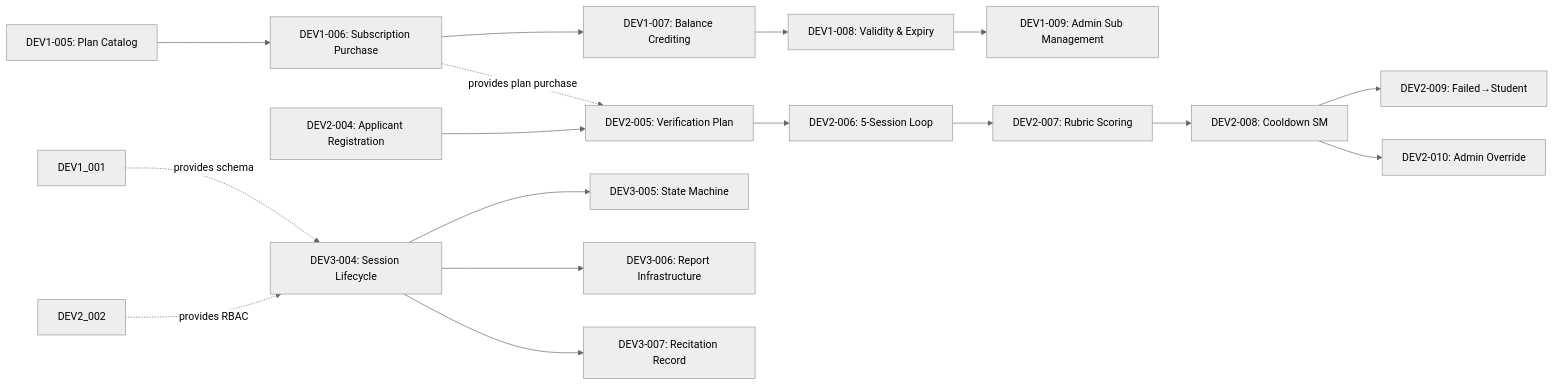
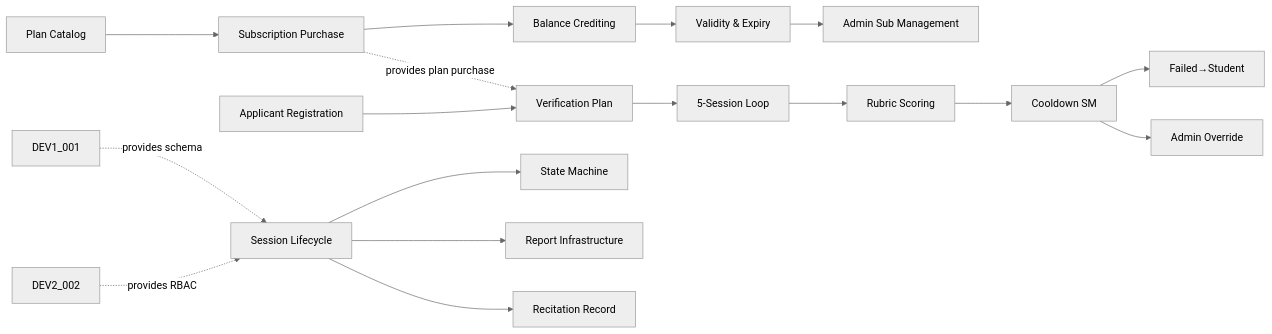
One commit to kottaby/kottaby changed the second of 5 diagrams in docs/planning/SPRINT_PLAN.md. Above: the diagram before and after it, drawn with Mermaid (neutral theme). The commit also changed other lines of this file and 297 other files, not shown here.

````diff
--- a/docs/planning/SPRINT_PLAN.md
+++ b/docs/planning/SPRINT_PLAN.md
@@ -133,22 +133,22 @@
 ```mermaid
 graph LR
-    DEV1_005[DEV1-005: Plan Catalog] --> DEV1_006[DEV1-006: Subscription Purchase]
-    DEV1_006 --> DEV1_007[DEV1-007: Balance Crediting]
-    DEV1_007 --> DEV1_008[DEV1-008: Validity & Expiry]
-    DEV1_008 --> DEV1_009[DEV1-009: Admin Sub Management]
+    DEV1_005[Plan Catalog] --> DEV1_006[Subscription Purchase]
+    DEV1_006 --> DEV1_007[Balance Crediting]
+    DEV1_007 --> DEV1_008[Validity & Expiry]
+    DEV1_008 --> DEV1_009[Admin Sub Management]
 
-    DEV2_004[DEV2-004: Applicant Registration] --> DEV2_005[DEV2-005: Verification Plan]
-    DEV2_005 --> DEV2_006[DEV2-006: 5-Session Loop]
-    DEV2_006 --> DEV2_007[DEV2-007: Rubric Scoring]
-    DEV2_007 --> DEV2_008[DEV2-008: Cooldown SM]
-    DEV2_008 --> DEV2_009[DEV2-009: Failed→Student]
-    DEV2_008 --> DEV2_010[DEV2-010: Admin Override]
+    DEV2_004[Applicant Registration] --> DEV2_005[Verification Plan]
+    DEV2_005 --> DEV2_006[5-Session Loop]
+    DEV2_006 --> DEV2_007[Rubric Scoring]
+    DEV2_007 --> DEV2_008[Cooldown SM]
+    DEV2_008 --> DEV2_009[Failed→Student]
+    DEV2_008 --> DEV2_010[Admin Override]
 
-    DEV3_004[DEV3-004: Session Lifecycle] --> DEV3_005[DEV3-005: State Machine]
-    DEV3_004 --> DEV3_006[DEV3-006: Report Infrastructure]
-    DEV3_004 --> DEV3_007[DEV3-007: Recitation Record]
+    DEV3_004[Session Lifecycle] --> DEV3_005[State Machine]
+    DEV3_004 --> DEV3_006[Report Infrastructure]
+    DEV3_004 --> DEV3_007[Recitation Record]
 
     DEV1_006 -.->|provides plan purchase| DEV2_005
     DEV1_001 -.->|provides schema| DEV3_004
     DEV2_002 -.->|provides RBAC| DEV3_004
 ```
````
